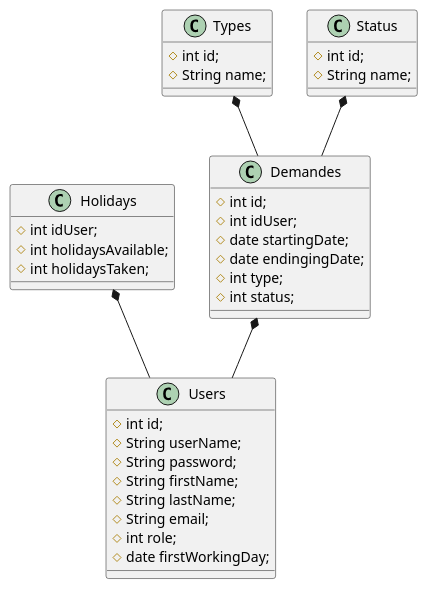
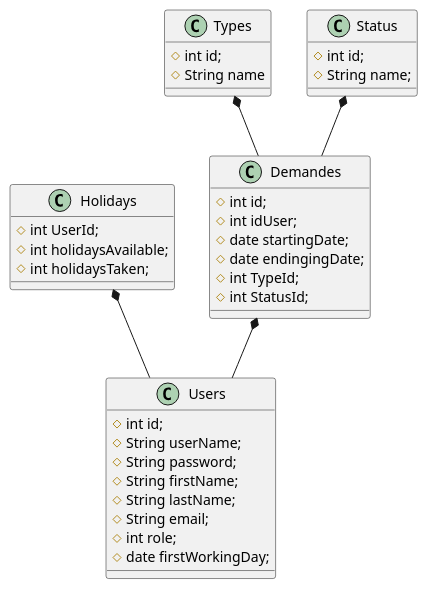
One commit to yq86/GestionCong-sPay-s changed the diagram in back/tables.plantuml. Above: the diagram before and after it, drawn with PlantUML. The commit also changed 4 other files, not shown here.

```diff
--- a/back/tables.plantuml
+++ b/back/tables.plantuml
@@ -1,43 +1,43 @@
 @startuml tables
 Holidays *-- Users
 Demandes *-- Users
 Types *-- Demandes
 Status *-- Demandes
 
 
 class Users {
 #int id;
 #String userName;
 #String password;
 #String firstName;
 #String lastName;
 #String email;
 #int role;
 #date firstWorkingDay;
 }
 
 class Holidays {
-#int idUser;
+#int UserId;
 #int holidaysAvailable;
 #int holidaysTaken;
 }
 
 class Demandes {
 #int id;
 #int idUser;
 #date startingDate;
 #date endingingDate;
-#int type;
-#int status;
+#int TypeId;
+#int StatusId;
 }
 
 class Types {
 #int id;
-#String name;
+#String name
 }
 
 class Status {
 #int id;
 #String name;
 }
 @enduml
```
